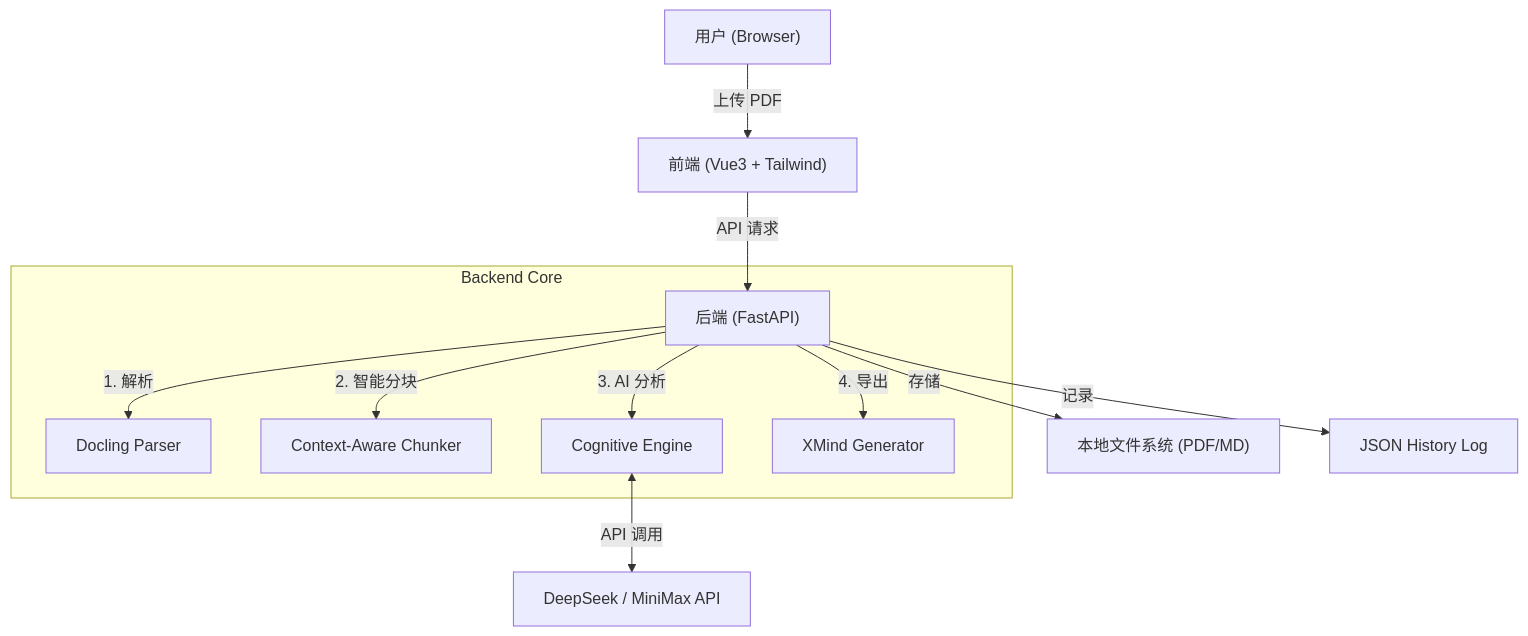
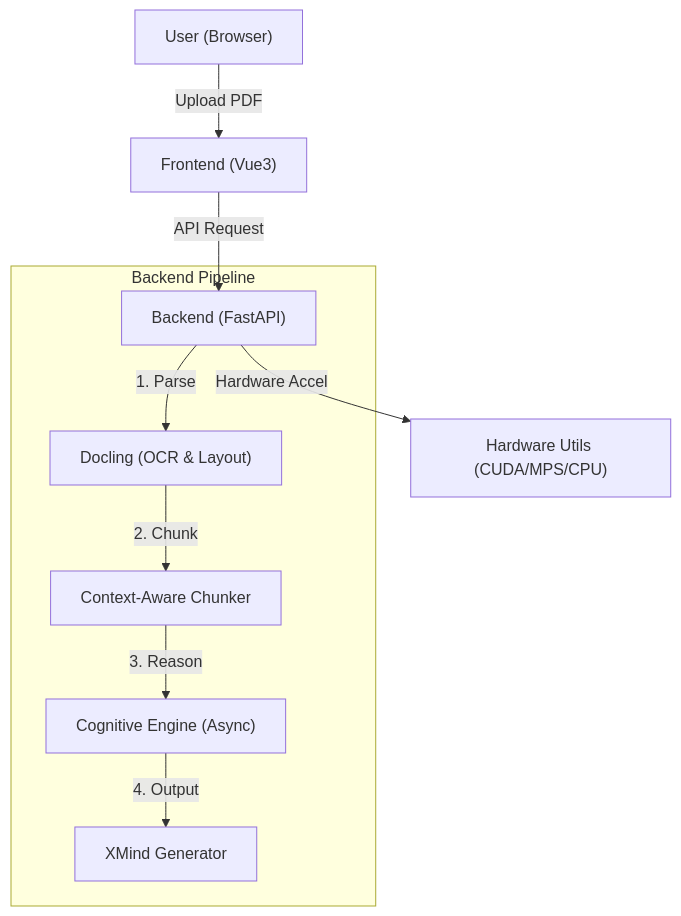
The diagram in README.md (aitangmy/filesMind), drawn with Mermaid before and after one commit. The commit also changed other lines of this file and 7 other files, not shown here.

````diff
--- a/README.md
+++ b/README.md
@@ -25,17 +159,14 @@
 ```mermaid
 graph TD
-    User["用户 (Browser)"] -->|上传 PDF| Frontend["前端 (Vue3 + Tailwind)"]
-    Frontend -->|API 请求| Backend["后端 (FastAPI)"]
+    User["User (Browser)"] -->|Upload PDF| Frontend["Frontend (Vue3)"]
+    Frontend -->|API Request| Backend["Backend (FastAPI)"]
     
-    subgraph "Backend Core"
-        Backend -->|1. 解析| Parser["Docling Parser"]
-        Backend -->|2. 智能分块| Chunker["Context-Aware Chunker"]
-        Backend -->|3. AI 分析| Engine["Cognitive Engine"]
-        Backend -->|4. 导出| Exporter["XMind Generator"]
+    subgraph "Backend Pipeline"
+        Backend -->|1. Parse| Parser["Docling (OCR & Layout)"]
+        Parser -->|2. Chunk| Chunker["Context-Aware Chunker"]
+        Chunker -->|3. Reason| LLM["Cognitive Engine (Async)"]
+        LLM -->|4. Output| XMind["XMind Generator"]
     end
     
-    Engine <-->|API 调用| AI["DeepSeek / MiniMax API"]
-    
-    Backend -->|存储| FS["本地文件系统 (PDF/MD)"]
-    Backend -->|记录| DB["JSON History Log"]
+    Backend -->|Hardware Accel| Check["Hardware Utils (CUDA/MPS/CPU)"]
 ```
````
